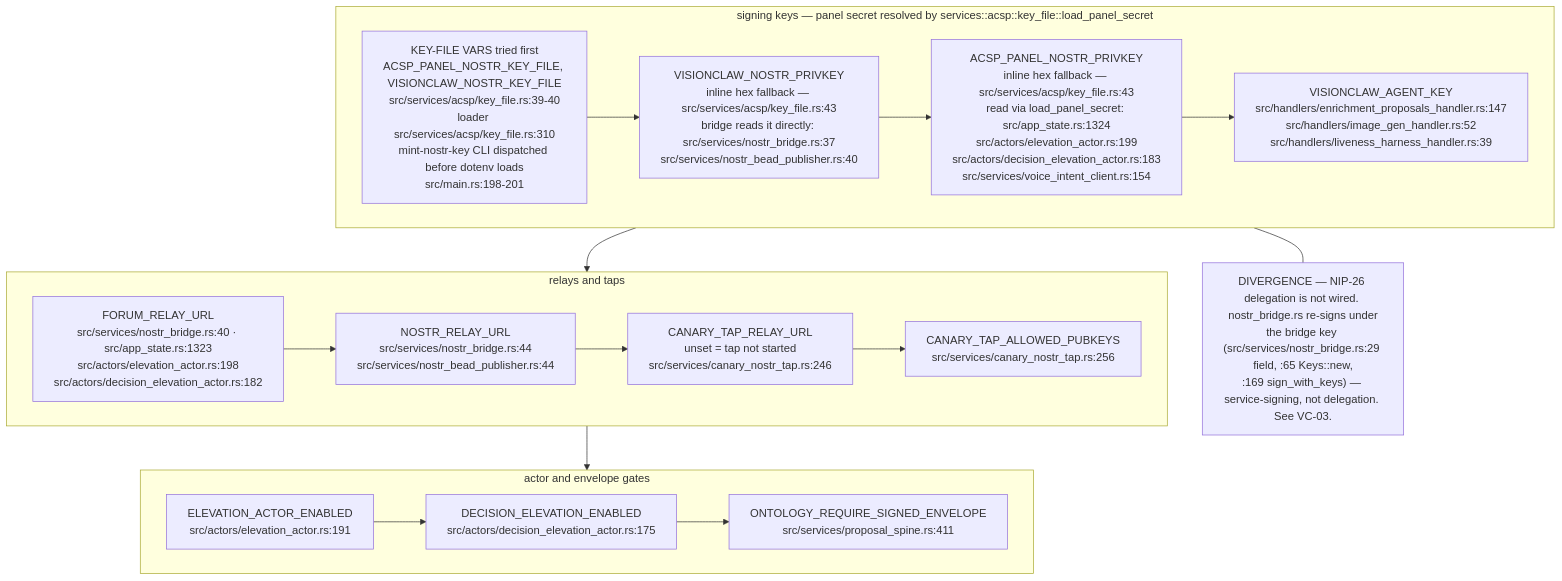
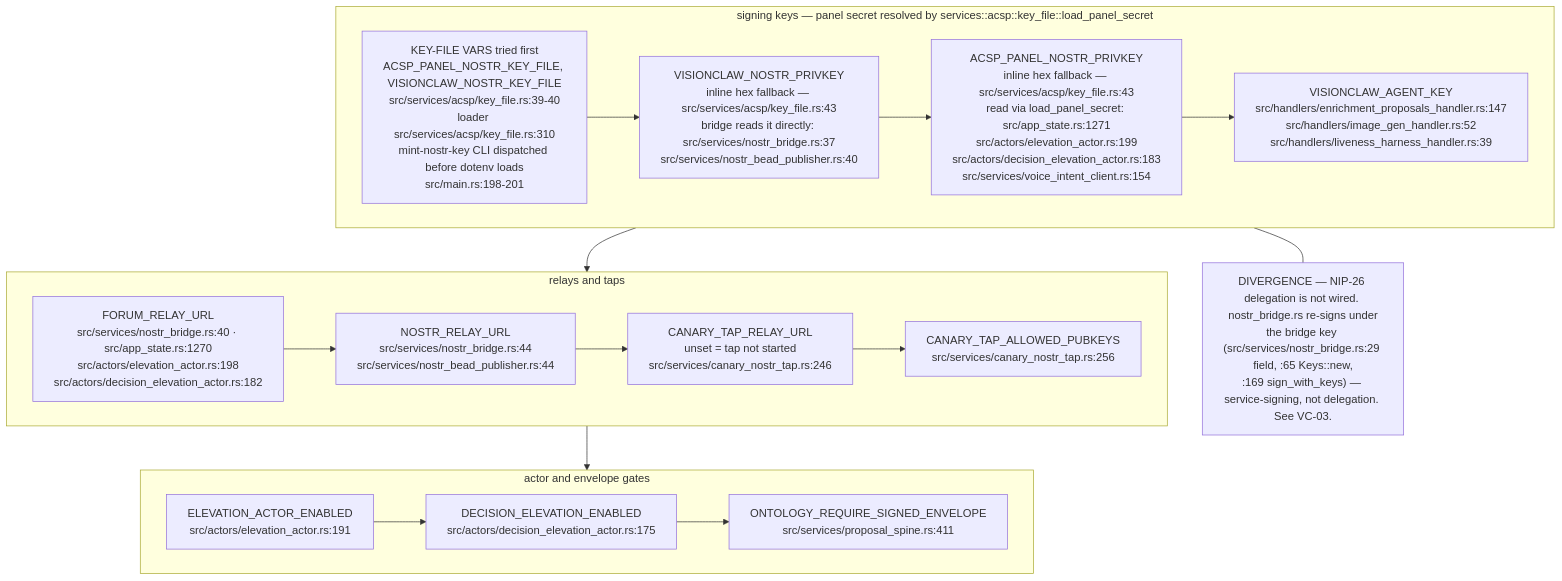
The tenth of 16 diagrams in docs/diagrams/visionclaw/09-config-and-env-flags.md (DreamLab-AI/VisionFlow), drawn with Mermaid before and after one commit. The commit also changed other lines of this file and 46 other files, not shown here.

Commit message:
docs(diagrams): re-verify VisionClaw topics at 809a859aa/a950f4d80 after the consolidation pass

````diff
--- a/docs/diagrams/visionclaw/09-config-and-env-flags.md
+++ b/docs/diagrams/visionclaw/09-config-and-env-flags.md
@@ -452,15 +452,15 @@
 ```mermaid
 flowchart TB
     subgraph KEYS["signing keys — panel secret resolved by services::acsp::key_file::load_panel_secret"]
-        K0["KEY-FILE VARS tried first<br/>ACSP_PANEL_NOSTR_KEY_FILE, VISIONCLAW_NOSTR_KEY_FILE<br/>src/services/acsp/key_file.rs:39-40<br/>loader src/services/acsp/key_file.rs:310<br/>mint-nostr-key CLI dispatched before dotenv loads<br/>src/main.rs:198-201"] --> K1["VISIONCLAW_NOSTR_PRIVKEY<br/>inline hex fallback — src/services/acsp/key_file.rs:43<br/>bridge reads it directly: src/services/nostr_bridge.rs:37<br/>src/services/nostr_bead_publisher.rs:40"] --> K2["ACSP_PANEL_NOSTR_PRIVKEY<br/>inline hex fallback — src/services/acsp/key_file.rs:43<br/>read via load_panel_secret: src/app_state.rs:1324<br/>src/actors/elevation_actor.rs:199<br/>src/actors/decision_elevation_actor.rs:183<br/>src/services/voice_intent_client.rs:154"] --> K3["VISIONCLAW_AGENT_KEY<br/>src/handlers/enrichment_proposals_handler.rs:147<br/>src/handlers/image_gen_handler.rs:52<br/>src/handlers/liveness_harness_handler.rs:39"]
+        K0["KEY-FILE VARS tried first<br/>ACSP_PANEL_NOSTR_KEY_FILE, VISIONCLAW_NOSTR_KEY_FILE<br/>src/services/acsp/key_file.rs:39-40<br/>loader src/services/acsp/key_file.rs:310<br/>mint-nostr-key CLI dispatched before dotenv loads<br/>src/main.rs:198-201"] --> K1["VISIONCLAW_NOSTR_PRIVKEY<br/>inline hex fallback — src/services/acsp/key_file.rs:43<br/>bridge reads it directly: src/services/nostr_bridge.rs:37<br/>src/services/nostr_bead_publisher.rs:40"] --> K2["ACSP_PANEL_NOSTR_PRIVKEY<br/>inline hex fallback — src/services/acsp/key_file.rs:43<br/>read via load_panel_secret: src/app_state.rs:1271<br/>src/actors/elevation_actor.rs:199<br/>src/actors/decision_elevation_actor.rs:183<br/>src/services/voice_intent_client.rs:154"] --> K3["VISIONCLAW_AGENT_KEY<br/>src/handlers/enrichment_proposals_handler.rs:147<br/>src/handlers/image_gen_handler.rs:52<br/>src/handlers/liveness_harness_handler.rs:39"]
     end
     subgraph RELAYS["relays and taps"]
-        R1["FORUM_RELAY_URL<br/>src/services/nostr_bridge.rs:40 · src/app_state.rs:1323<br/>src/actors/elevation_actor.rs:198<br/>src/actors/decision_elevation_actor.rs:182"] --> R2["NOSTR_RELAY_URL<br/>src/services/nostr_bridge.rs:44<br/>src/services/nostr_bead_publisher.rs:44"] --> R3["CANARY_TAP_RELAY_URL<br/>unset = tap not started<br/>src/services/canary_nostr_tap.rs:246"] --> R4["CANARY_TAP_ALLOWED_PUBKEYS<br/>src/services/canary_nostr_tap.rs:256"]
+        R1["FORUM_RELAY_URL<br/>src/services/nostr_bridge.rs:40 · src/app_state.rs:1270<br/>src/actors/elevation_actor.rs:198<br/>src/actors/decision_elevation_actor.rs:182"] --> R2["NOSTR_RELAY_URL<br/>src/services/nostr_bridge.rs:44<br/>src/services/nostr_bead_publisher.rs:44"] --> R3["CANARY_TAP_RELAY_URL<br/>unset = tap not started<br/>src/services/canary_nostr_tap.rs:246"] --> R4["CANARY_TAP_ALLOWED_PUBKEYS<br/>src/services/canary_nostr_tap.rs:256"]
     end
     subgraph GATES["actor and envelope gates"]
         G1["ELEVATION_ACTOR_ENABLED<br/>src/actors/elevation_actor.rs:191"] --> G2["DECISION_ELEVATION_ENABLED<br/>src/actors/decision_elevation_actor.rs:175"] --> G3["ONTOLOGY_REQUIRE_SIGNED_ENVELOPE<br/>src/services/proposal_spine.rs:411"]
     end
     KEYS --> RELAYS --> GATES
     N3["DIVERGENCE — NIP-26 delegation is not wired. nostr_bridge.rs re-signs under<br/>the bridge key (src/services/nostr_bridge.rs:29 field, :65 Keys::new,<br/>:169 sign_with_keys) — service-signing, not delegation. See VC-03."]
     KEYS --- N3
 ```
````
